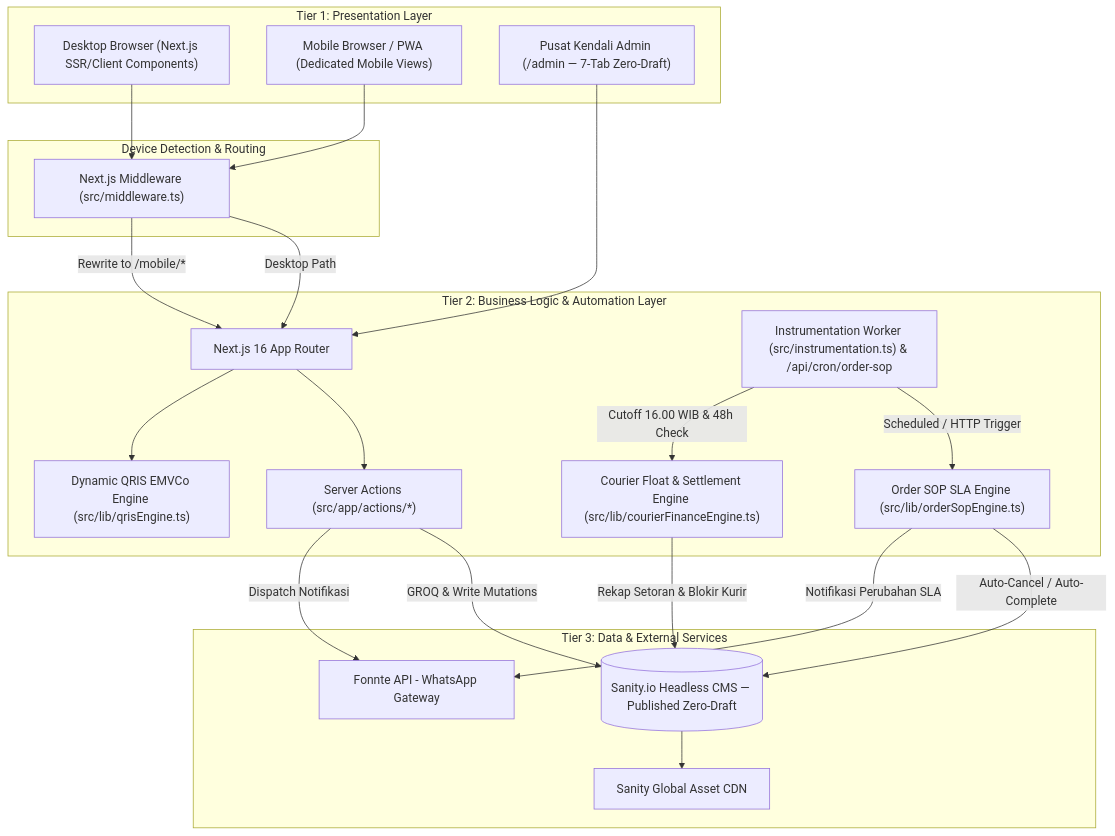
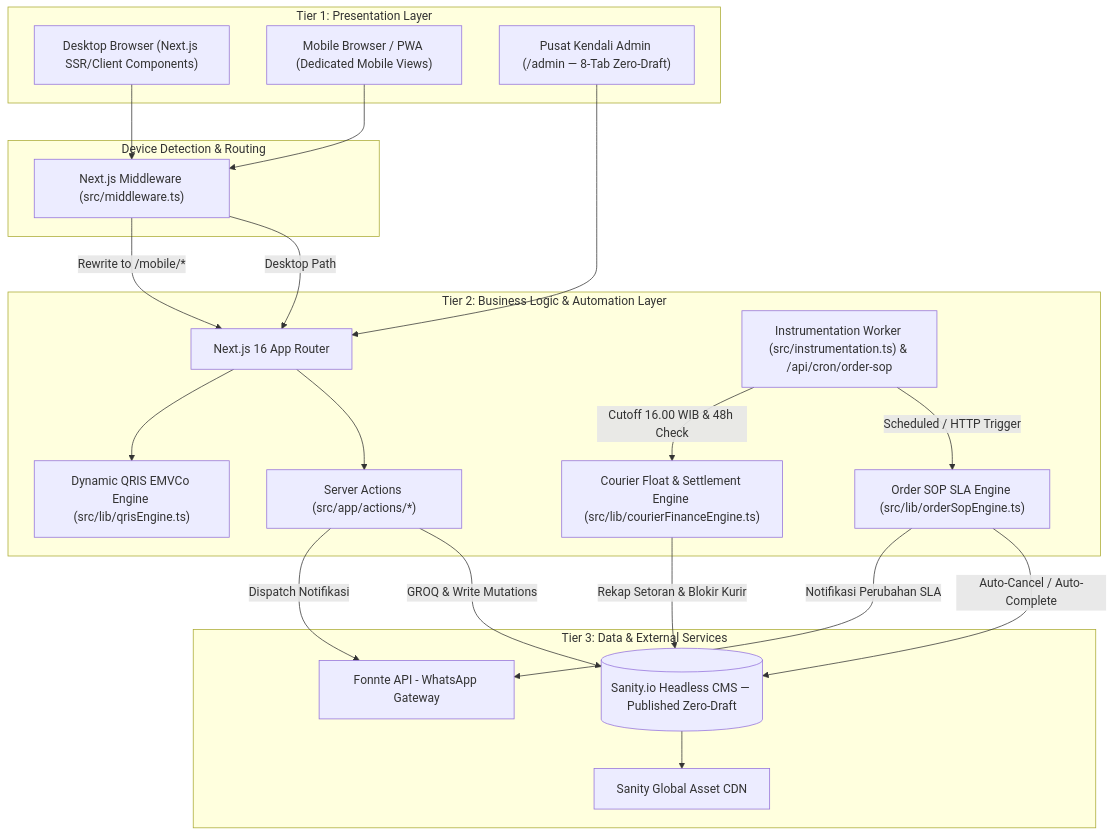
Before and after one commit to Noisesless/pawon-2.0: the first of 2 diagrams in .docs/architecture.md, drawn with Mermaid. The commit also changed other lines of this file and 16 other files, not shown here.

Commit message:
feat: add Pondokrejo GeoJSON & UMKM distribution map tab to admin dashboard

````diff
--- a/.docs/architecture.md
+++ b/.docs/architecture.md
@@ -12,43 +12,43 @@
 ```mermaid
 graph TD
     subgraph Client ["Tier 1: Presentation Layer"]
         Desktop["Desktop Browser (Next.js SSR/Client Components)"]
         Mobile["Mobile Browser / PWA (Dedicated Mobile Views)"]
-        AdminUI["Pusat Kendali Admin (/admin — 7-Tab Zero-Draft)"]
+        AdminUI["Pusat Kendali Admin (/admin — 8-Tab Zero-Draft)"]
     end
 
     subgraph Middleware ["Device Detection & Routing"]
         MW["Next.js Middleware (src/middleware.ts)"]
     end
 
     subgraph Server ["Tier 2: Business Logic & Automation Layer"]
         AppRouter["Next.js 16 App Router"]
         ServerActions["Server Actions (src/app/actions/*)"]
         QrisEngine["Dynamic QRIS EMVCo Engine (src/lib/qrisEngine.ts)"]
         FinanceEngine["Courier Float & Settlement Engine (src/lib/courierFinanceEngine.ts)"]
         SopEngine["Order SOP SLA Engine (src/lib/orderSopEngine.ts)"]
         Worker["Instrumentation Worker (src/instrumentation.ts) & /api/cron/order-sop"]
     end
 
     subgraph Backend ["Tier 3: Data & External Services"]
         Sanity[(Sanity.io Headless CMS — Published Zero-Draft)]
         Fonnte[Fonnte API - WhatsApp Gateway]
         CDN[Sanity Global Asset CDN]
     end
 
     Desktop --> MW
     Mobile --> MW
     AdminUI --> AppRouter
     MW -->|Desktop Path| AppRouter
     MW -->|Rewrite to /mobile/*| AppRouter
     AppRouter --> ServerActions
     AppRouter --> QrisEngine
     ServerActions -->|GROQ & Write Mutations| Sanity
     ServerActions -->|Dispatch Notifikasi| Fonnte
     Worker -->|Scheduled / HTTP Trigger| SopEngine
     Worker -->|Cutoff 16.00 WIB & 48h Check| FinanceEngine
     FinanceEngine -->|Rekap Setoran & Blokir Kurir| Sanity
     SopEngine -->|Auto-Cancel / Auto-Complete| Sanity
     SopEngine -->|Notifikasi Perubahan SLA| Fonnte
     Sanity --> CDN
 ```
````
